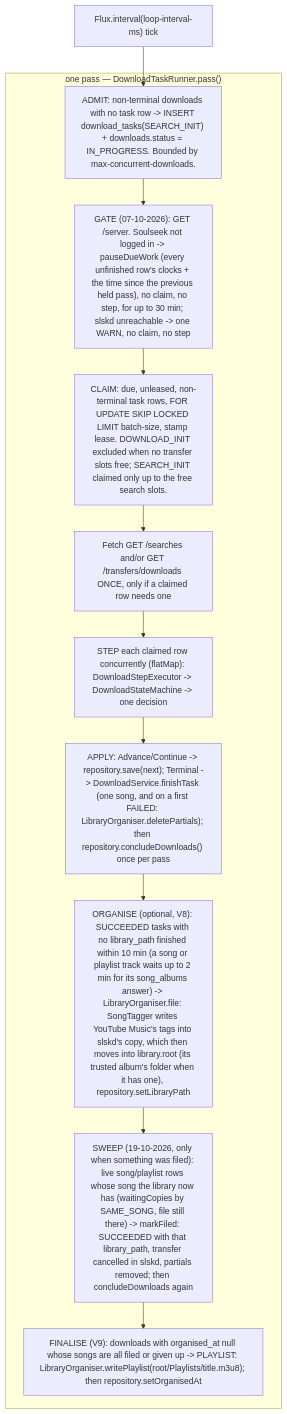
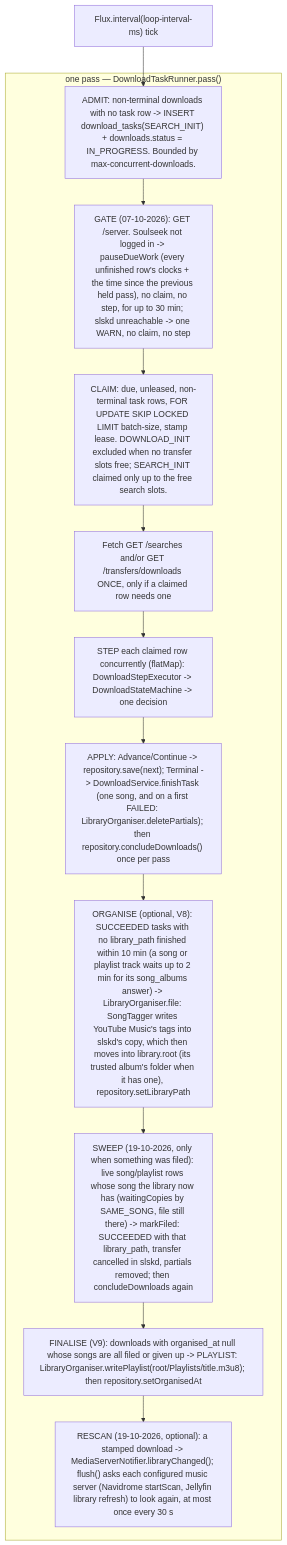
Before and after one commit to catacomb5099/naviseerr: the diagram in docs/architecture/download-manager.md, drawn with Mermaid. The commit also changed other lines of this file and 17 other files, not shown here.

First line of the commit message:
feat(AI): tell Navidrome and Jellyfin to rescan when a download is filed

````diff
--- a/docs/architecture/download-manager.md
+++ b/docs/architecture/download-manager.md
@@ -18,15 +18,16 @@
 ```mermaid
 flowchart TD
     tick["Flux.interval(loop-interval-ms) tick"] --> admit
     subgraph pass ["one pass — DownloadTaskRunner.pass()"]
       admit["ADMIT: non-terminal downloads with no task row -> INSERT download_tasks(SEARCH_INIT) + downloads.status = IN_PROGRESS. Bounded by max-concurrent-downloads."]
       admit --> gate["GATE (07-10-2026): GET /server. Soulseek not logged in -> pauseDueWork (every unfinished row's clocks + the time since the previous held pass), no claim, no step, for up to 30 min; slskd unreachable -> one WARN, no claim, no step"]
       gate --> claim["CLAIM: due, unleased, non-terminal task rows, FOR UPDATE SKIP LOCKED LIMIT batch-size, stamp lease. DOWNLOAD_INIT excluded when no transfer slots free; SEARCH_INIT claimed only up to the free search slots."]
       claim --> fetch["Fetch GET /searches and/or GET /transfers/downloads ONCE, only if a claimed row needs one"]
       fetch --> step["STEP each claimed row concurrently (flatMap): DownloadStepExecutor -> DownloadStateMachine -> one decision"]
       step --> apply["APPLY: Advance/Continue -> repository.save(next); Terminal -> DownloadService.finishTask (one song, and on a first FAILED: LibraryOrganiser.deletePartials); then repository.concludeDownloads() once per pass"]
       apply --> organise["ORGANISE (optional, V8): SUCCEEDED tasks with no library_path finished within 10 min (a song or playlist track waits up to 2 min for its song_albums answer) -> LibraryOrganiser.file: SongTagger writes YouTube Music's tags into slskd's copy, which then moves into library.root (its trusted album's folder when it has one), repository.setLibraryPath"]
       organise --> sweep["SWEEP (19-10-2026, only when something was filed): live song/playlist rows whose song the library now has (waitingCopies by SAME_SONG, file still there) -> markFiled: SUCCEEDED with that library_path, transfer cancelled in slskd, partials removed; then concludeDownloads again"]
       sweep --> finalise["FINALISE (V9): downloads with organised_at null whose songs are all filed or given up -> PLAYLIST: LibraryOrganiser.writePlaylist(root/Playlists/title.m3u8); then repository.setOrganisedAt"]
+      finalise --> rescan["RESCAN (19-10-2026, optional): a stamped download -> MediaServerNotifier.libraryChanged(); flush() asks each configured music server (Navidrome startScan, Jellyfin library refresh) to look again, at most once every 30 s"]
     end
 ```
````
